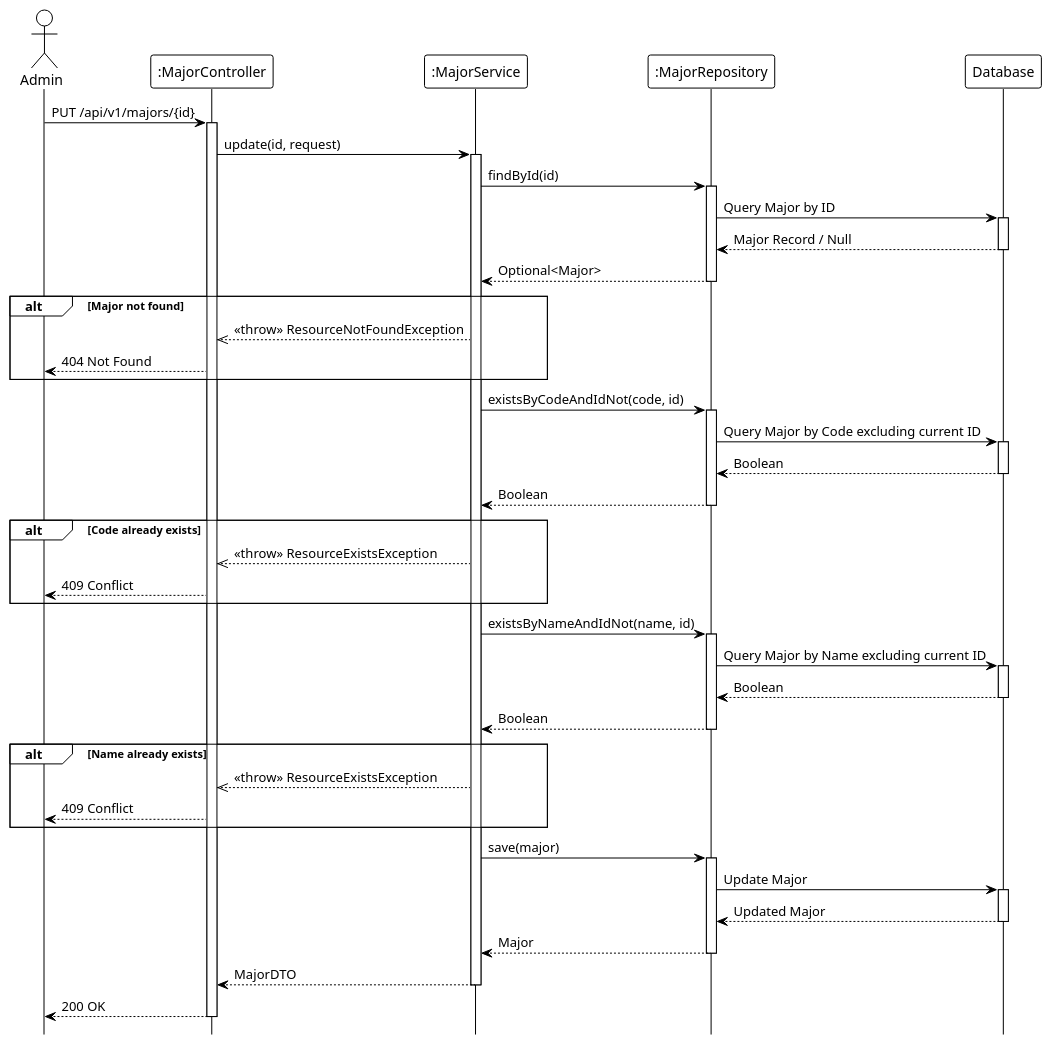
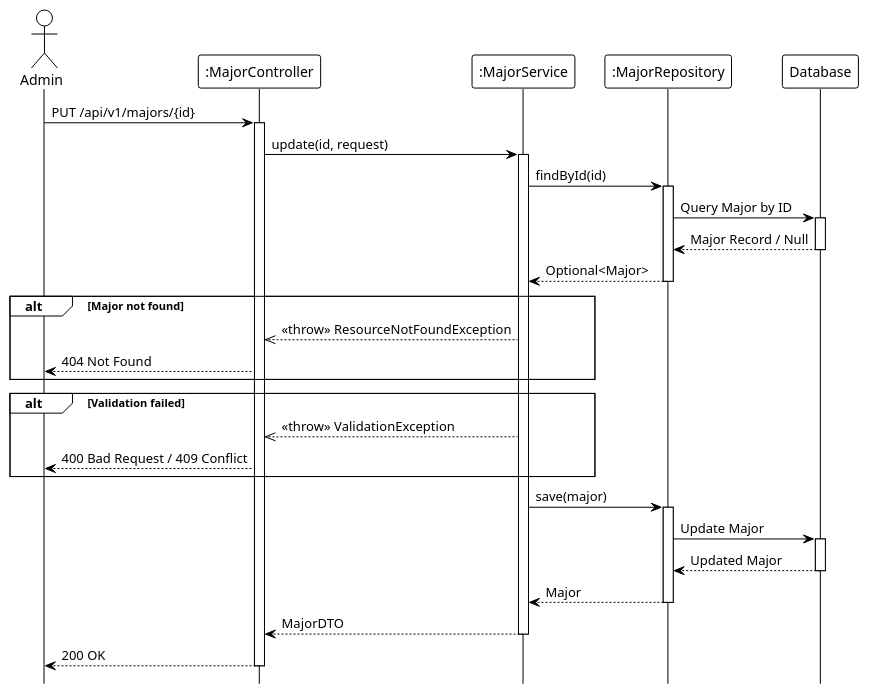
The diagram in system_detailed_design/13_update_major/sequence_diagram_update_major.puml (Ndh474/context), drawn with PlantUML before and after one commit. The commit also changed 23 other files, not shown here.

```diff
--- a/system_detailed_design/13_update_major/sequence_diagram_update_major.puml
+++ b/system_detailed_design/13_update_major/sequence_diagram_update_major.puml
@@ -1,87 +1,59 @@
 @startuml update_major
 !theme plain
 hide footbox
 
 actor Admin
 participant ":MajorController" as Controller
 participant ":MajorService" as Service
 participant ":MajorRepository" as Repository
 participant "Database" as DB
 
 ' --- MAIN FLOW ---
 Admin -> Controller: PUT /api/v1/majors/{id}
 activate Controller
 
 Controller -> Service: update(id, request)
 activate Service
 
 ' --- FIND EXISTING ---
 Service -> Repository: findById(id)
 activate Repository
 
 Repository -> DB: Query Major by ID
 activate DB
 DB --> Repository: Major Record / Null
 deactivate DB
 
 Repository --> Service: Optional<Major>
 deactivate Repository
 
 alt Major not found
     Service -->> Controller: <<throw>> ResourceNotFoundException
     Controller --> Admin: 404 Not Found
 end
 
-' --- CHECK CODE UNIQUENESS (if changed) ---
-Service -> Repository: existsByCodeAndIdNot(code, id)
-activate Repository
+' Validation logic (internal: code/name uniqueness if changed)
 
-Repository -> DB: Query Major by Code excluding current ID
-activate DB
-DB --> Repository: Boolean
-deactivate DB
-
-Repository --> Service: Boolean
-deactivate Repository
-
-alt Code already exists
-    Service -->> Controller: <<throw>> ResourceExistsException
-    Controller --> Admin: 409 Conflict
+alt Validation failed
+    Service -->> Controller: <<throw>> ValidationException
+    Controller --> Admin: 400 Bad Request / 409 Conflict
 end
 
-' --- CHECK NAME UNIQUENESS (if changed) ---
-Service -> Repository: existsByNameAndIdNot(name, id)
-activate Repository
-
-Repository -> DB: Query Major by Name excluding current ID
-activate DB
-DB --> Repository: Boolean
-deactivate DB
-
-Repository --> Service: Boolean
-deactivate Repository
-
-alt Name already exists
-    Service -->> Controller: <<throw>> ResourceExistsException
-    Controller --> Admin: 409 Conflict
-end
-
-' --- UPDATE ---
 Service -> Repository: save(major)
 activate Repository
 
 Repository -> DB: Update Major
 activate DB
 DB --> Repository: Updated Major
 deactivate DB
 
 Repository --> Service: Major
 deactivate Repository
 
 Service --> Controller: MajorDTO
 deactivate Service
 
 Controller --> Admin: 200 OK
 deactivate Controller
 
 @enduml
```
